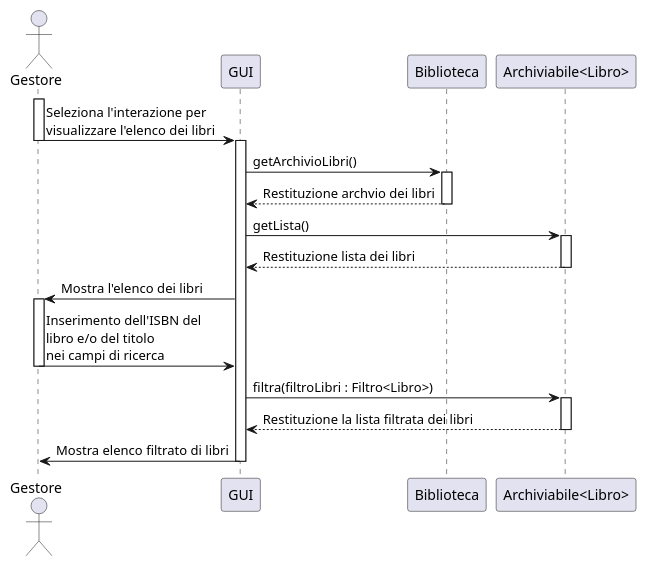
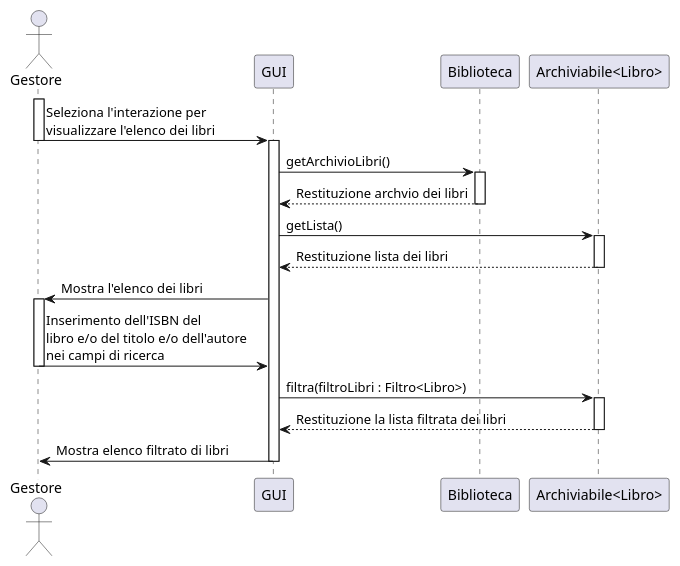
The diagram in docs/uml/DiagrammiSequenza/UMLRicercaLibro.puml (Meziu/easylibrary), drawn with PlantUML before and after one commit. The commit also changed 7 other files, not shown here.

Commit message:
Nuovi diagrammi design

```diff
--- a/docs/uml/DiagrammiSequenza/UMLRicercaLibro.puml
+++ b/docs/uml/DiagrammiSequenza/UMLRicercaLibro.puml
@@ -1,38 +1,38 @@
 @startuml
 actor Gestore as G
 participant "GUI" as UI
 participant "Biblioteca" as B
 participant  "Archiviabile<Libro>" as A
 
 '  ---- Flusso principale -----
 activate G
 G -> UI : Seleziona l'interazione per\nvisualizzare l'elenco dei libri
 deactivate G
 activate UI
 
 UI -> B : getArchivioLibri()
 activate B
 B --> UI : Restituzione archvio dei libri
 deactivate B
 
 UI -> A : getLista()
 activate A
 A --> UI : Restituzione lista dei libri
 deactivate A
 
 UI -> G : Mostra l'elenco dei libri
 
 activate G
 '-- Ricerca del libro --
-G -> UI : Inserimento dell'ISBN del\nlibro e/o del titolo\nnei campi di ricerca
+G -> UI : Inserimento dell'ISBN del\nlibro e/o del titolo e/o dell'autore\nnei campi di ricerca
 deactivate G
 UI -> A : filtra(filtroLibri : Filtro<Libro>)
 activate A
 A --> UI : Restituzione la lista filtrata dei libri
 deactivate A
 
 UI -> G : Mostra elenco filtrato di libri
 deactivate UI
 
 
 @enduml
```
